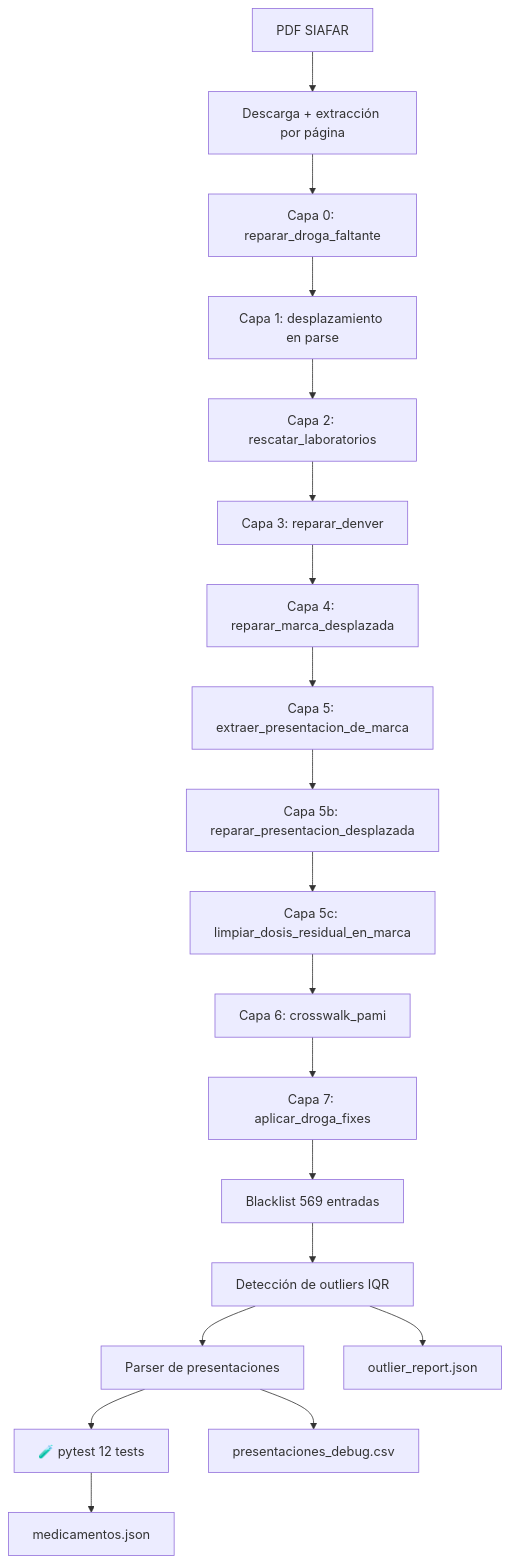
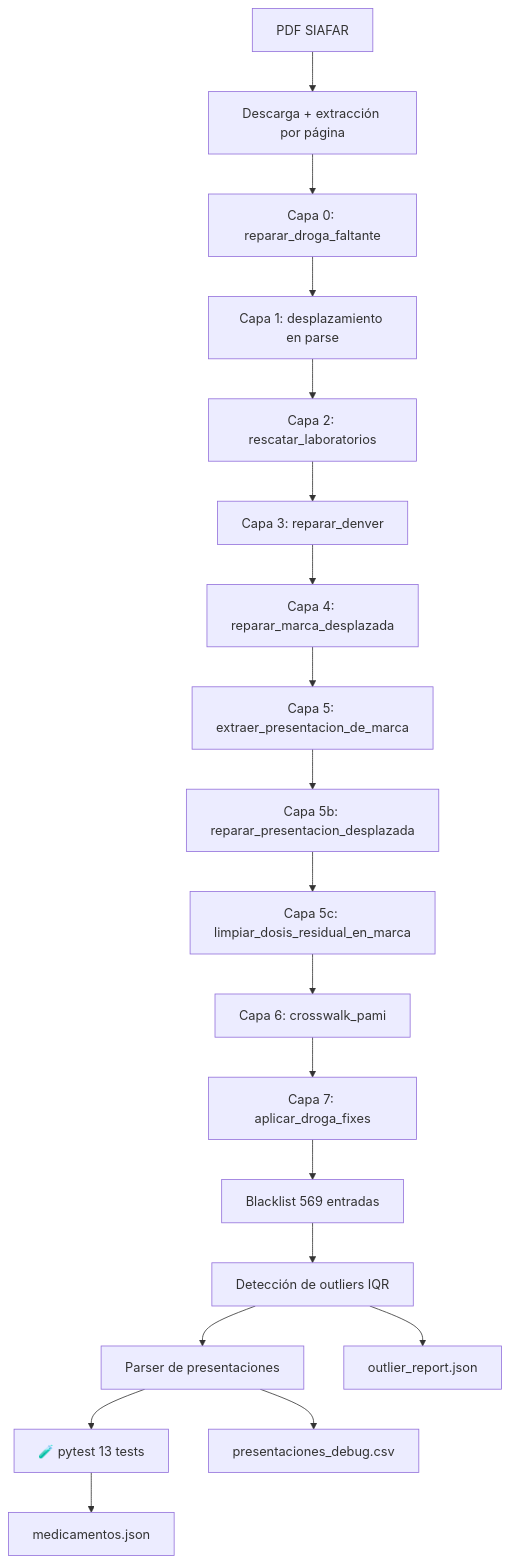
Before and after one commit to psbella/remediar: the fourth of 9 diagrams in README.md, drawn with Mermaid. The commit also changed other lines of this file, not shown here.

Commit message:
docs: sumar test_schema.py al árbol de tests/ y corregir conteo de tests (12→13) en 2 lugares

````diff
--- a/README.md
+++ b/README.md
@@ -939,42 +941,42 @@
 ```mermaid
 flowchart TD
 
     A[PDF SIAFAR]
     B[Descarga + extracción por página]
     C0[Capa 0: reparar_droga_faltante]
     C1[Capa 1: desplazamiento en parse]
     C2[Capa 2: rescatar_laboratorios]
     C3[Capa 3: reparar_denver]
     C4[Capa 4: reparar_marca_desplazada]
     C5[Capa 5: extraer_presentacion_de_marca]
     C5B[Capa 5b: reparar_presentacion_desplazada]
     C5C[Capa 5c: limpiar_dosis_residual_en_marca]
     C6[Capa 6: crosswalk_pami]
     C7[Capa 7: aplicar_droga_fixes]
     BL[Blacklist 569 entradas]
     OUT[Detección de outliers IQR]
     PRES[Parser de presentaciones]
-    T[🧪 pytest 12 tests]
+    T[🧪 pytest 13 tests]
     JSON[medicamentos.json]
     DEBUG[presentaciones_debug.csv]
     REPORT[outlier_report.json]
 
     A --> B
     B --> C0
     C0 --> C1
     C1 --> C2
     C2 --> C3
     C3 --> C4
     C4 --> C5
     C5 --> C5B
     C5B --> C5C
     C5C --> C6
     C6 --> C7
     C7 --> BL
     BL --> OUT
     OUT --> PRES
     PRES --> T
     T --> JSON
     PRES --> DEBUG
     OUT --> REPORT
 ```
````
